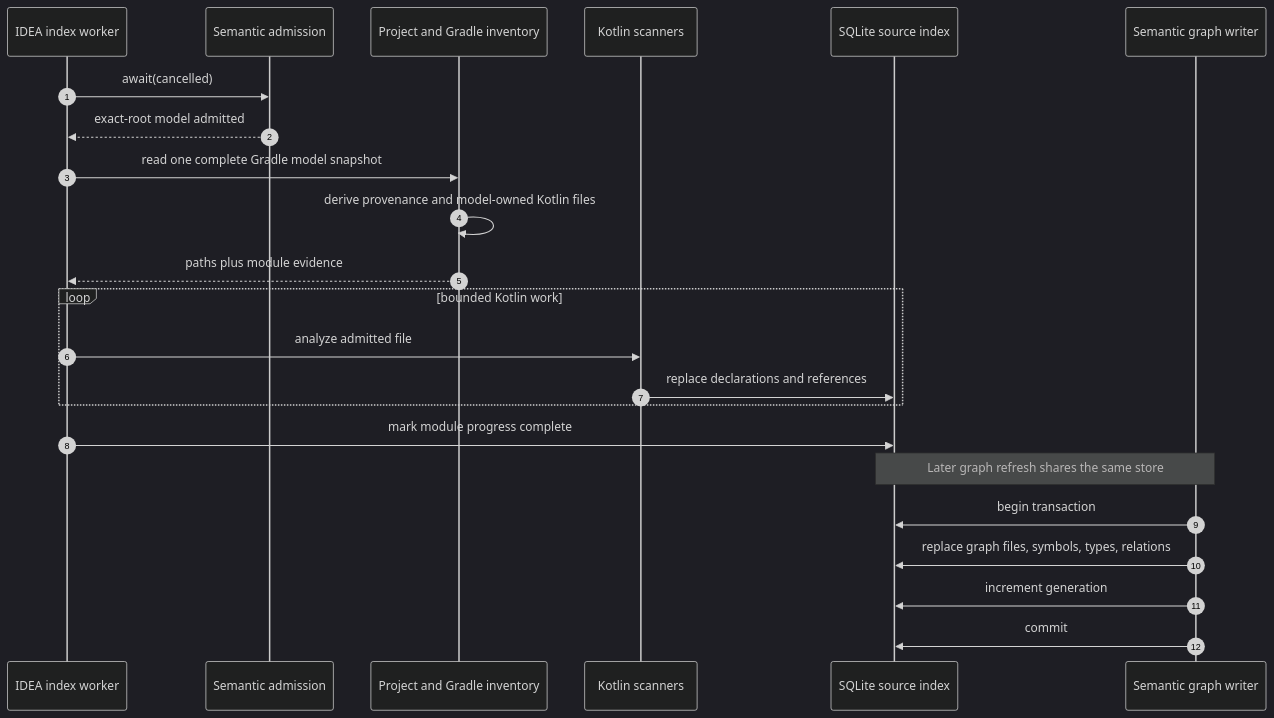
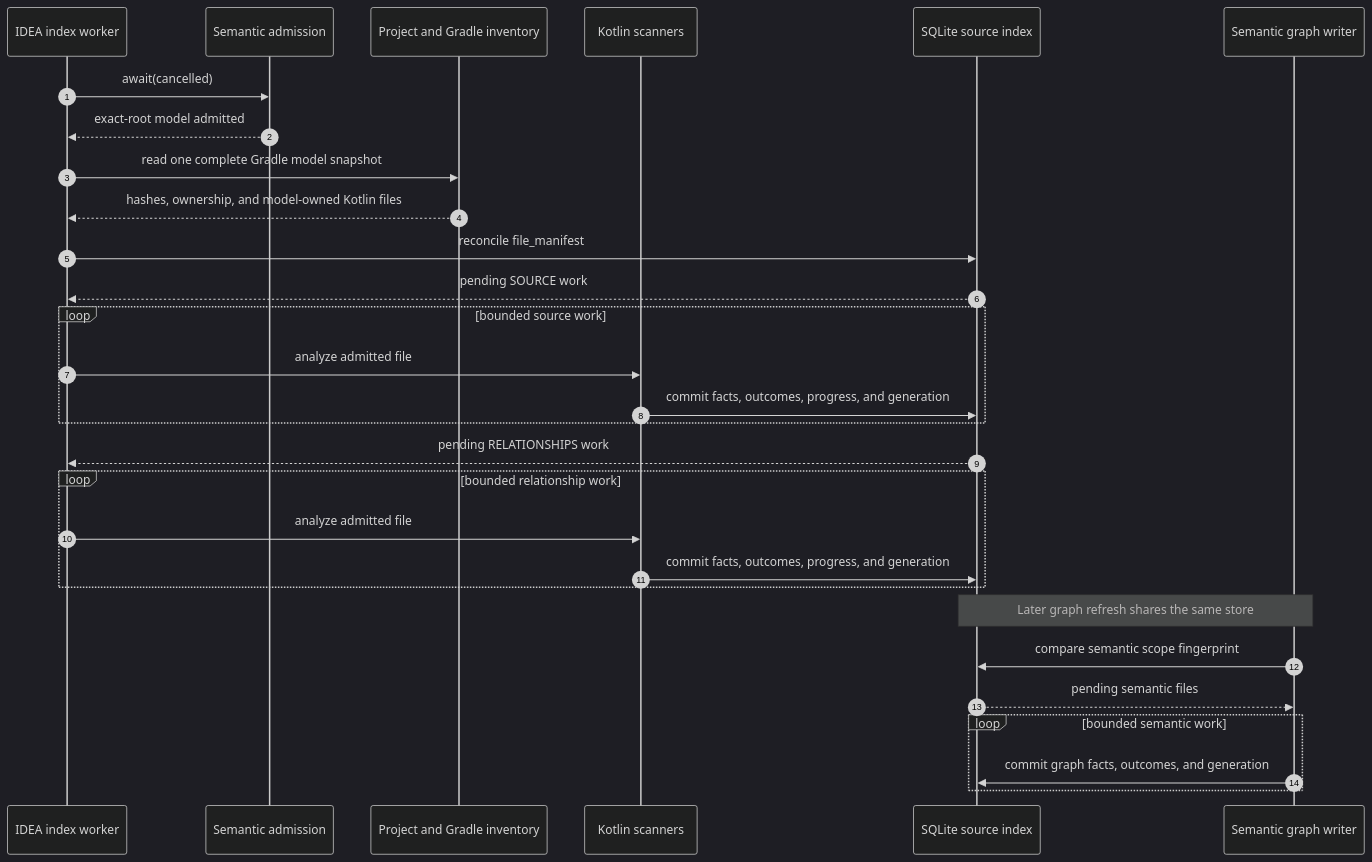
Before and after one commit to amichne/kast: the second of 2 diagrams in docs/internal/idea-integration/flows/indexing-and-generation.md, drawn with Mermaid (dark theme). The commit also changed other lines of this file, not shown here.

````diff
--- a/docs/internal/idea-integration/flows/indexing-and-generation.md
+++ b/docs/internal/idea-integration/flows/indexing-and-generation.md
@@ -81,26 +129,32 @@
 ```mermaid
 sequenceDiagram
     autonumber
     participant Worker as IDEA index worker
     participant Admission as Semantic admission
     participant Inventory as Project and Gradle inventory
     participant Scanner as Kotlin scanners
     participant Store as SQLite source index
     participant Graph as Semantic graph writer
 
     Worker->>Admission: await(cancelled)
     Admission-->>Worker: exact-root model admitted
     Worker->>Inventory: read one complete Gradle model snapshot
-    Inventory->>Inventory: derive provenance and model-owned Kotlin files
-    Inventory-->>Worker: paths plus module evidence
-    loop bounded Kotlin work
+    Inventory-->>Worker: hashes, ownership, and model-owned Kotlin files
+    Worker->>Store: reconcile file_manifest
+    Store-->>Worker: pending SOURCE work
+    loop bounded source work
         Worker->>Scanner: analyze admitted file
-        Scanner->>Store: replace declarations and references
+        Scanner->>Store: commit facts, outcomes, progress, and generation
     end
-    Worker->>Store: mark module progress complete
+    Store-->>Worker: pending RELATIONSHIPS work
+    loop bounded relationship work
+        Worker->>Scanner: analyze admitted file
+        Scanner->>Store: commit facts, outcomes, progress, and generation
+    end
     Note over Graph,Store: Later graph refresh shares the same store
-    Graph->>Store: begin transaction
-    Graph->>Store: replace graph files, symbols, types, relations
-    Graph->>Store: increment generation
-    Graph->>Store: commit
+    Graph->>Store: compare semantic scope fingerprint
+    Store-->>Graph: pending semantic files
+    loop bounded semantic work
+        Graph->>Store: commit graph facts, outcomes, and generation
+    end
 ```
````
